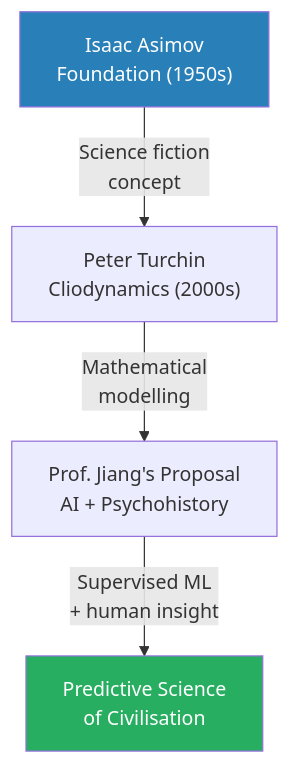
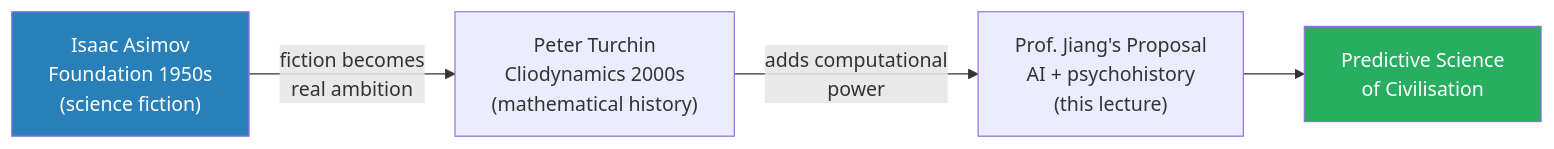
The third of 11 diagrams in summaries/Lectures/Geo-Strategy/12 - Psychohistory.md (alius33/reader), drawn with Mermaid before and after one commit. The commit also changed other lines of this file and 26 other files, not shown here.

````diff
--- a/summaries/Lectures/Geo-Strategy/12 - Psychohistory.md
+++ b/summaries/Lectures/Geo-Strategy/12 - Psychohistory.md
@@ -129,11 +136,11 @@
 ```mermaid
-flowchart TB
-    A["Isaac Asimov<br/>Foundation (1950s)"]
-    B["Peter Turchin<br/>Cliodynamics (2000s)"]
-    C["Prof. Jiang's Proposal<br/>AI + Psychohistory"]
-    A -->|"Science fiction<br/>concept"| B
-    B -->|"Mathematical<br/>modelling"| C
-    C -->|"Supervised ML<br/>+ human insight"| D["Predictive Science<br/>of Civilisation"]
+flowchart LR
+    A["Isaac Asimov<br/>Foundation 1950s<br/>(science fiction)"]
+    B["Peter Turchin<br/>Cliodynamics 2000s<br/>(mathematical history)"]
+    C["Prof. Jiang's Proposal<br/>AI + psychohistory<br/>(this lecture)"]
+    A -->|"fiction becomes<br/>real ambition"| B
+    B -->|"adds computational<br/>power"| C
+    C --> D["Predictive Science<br/>of Civilisation"]
     style A fill:#2980b9,color:#fff
     style D fill:#27ae60,color:#fff
 ```
````
